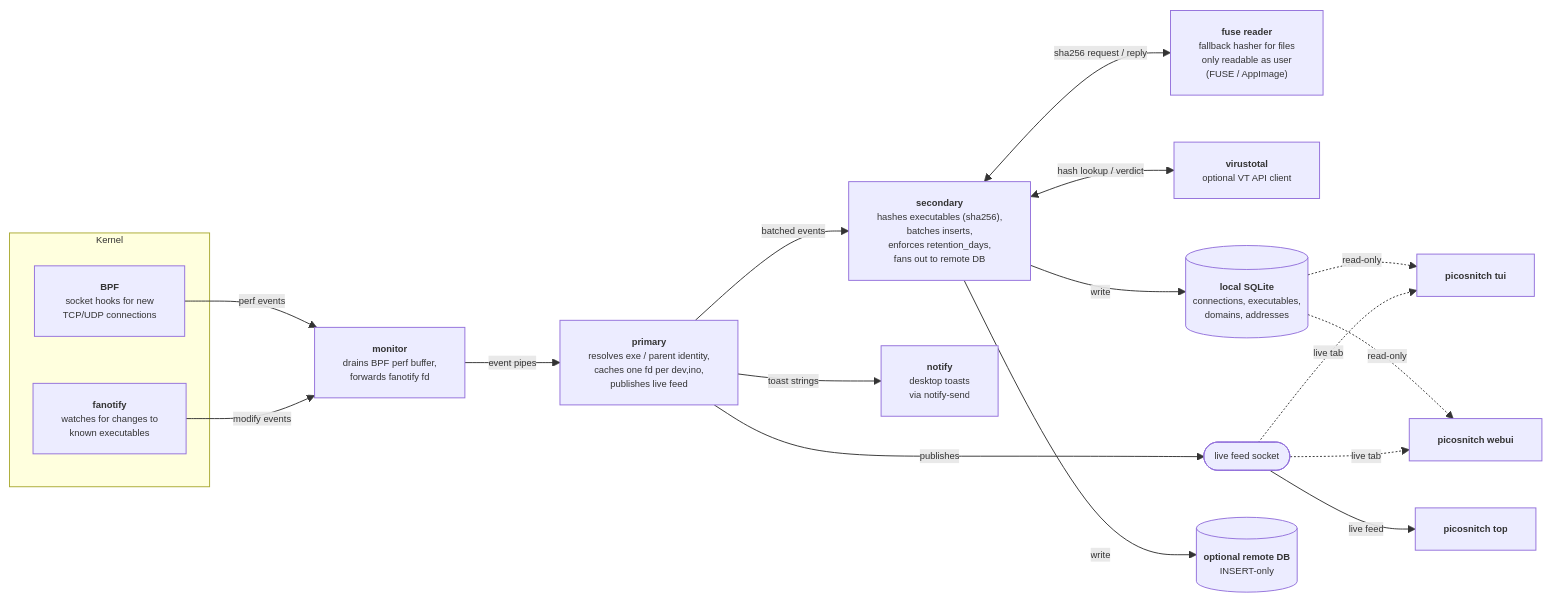
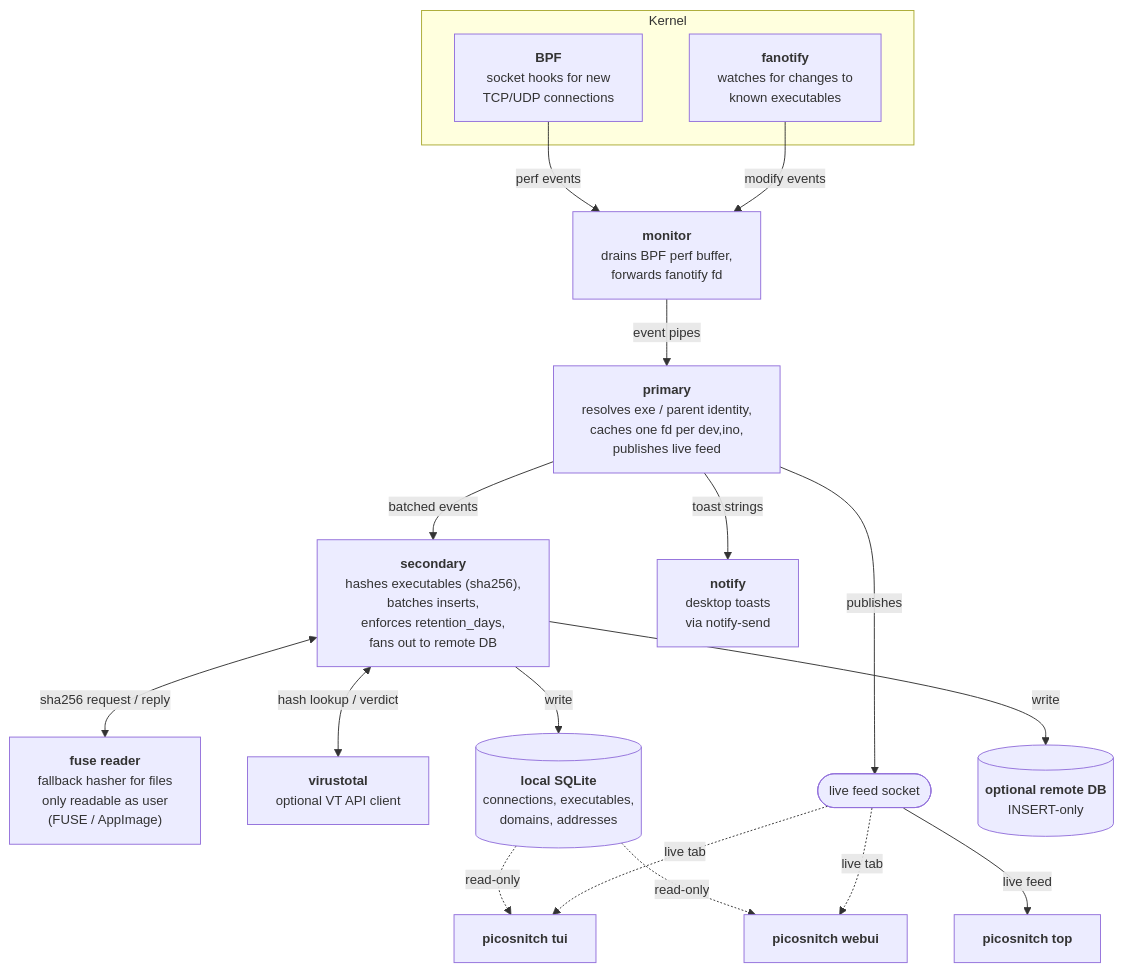
The diagram in docs/how-it-works.md (elesiuta/picosnitch), drawn with Mermaid before and after one commit. The commit also changed other lines of this file and 5 other files, not shown here.

````diff
--- a/docs/how-it-works.md
+++ b/docs/how-it-works.md
@@ -33,41 +33,41 @@
 ```mermaid
-%%{init: {"flowchart": {"useMaxWidth": false, "htmlLabels": true}, "themeVariables": {"fontSize": "10px"}} }%%
-flowchart LR
+%%{init: {"flowchart": {"useMaxWidth": true, "htmlLabels": true}, "themeVariables": {"fontSize": "14px"}} }%%
+flowchart TD
     subgraph K[Kernel]
         BPF["<b>BPF</b><br/>socket hooks for new<br/>TCP/UDP connections"]
         FAN["<b>fanotify</b><br/>watches for changes to<br/>known executables"]
     end
 
     MON["<b>monitor</b><br/>drains BPF perf buffer,<br/>forwards fanotify fd"]
     PRI["<b>primary</b><br/>resolves exe / parent identity,<br/>caches one fd per dev,ino,<br/>publishes live feed"]
     SEC["<b>secondary</b><br/>hashes executables (sha256),<br/>batches inserts,<br/>enforces retention_days,<br/>fans out to remote DB"]
 
     FUSE["<b>fuse reader</b><br/>fallback hasher for files<br/>only readable as user<br/>(FUSE / AppImage)"]
     VT["<b>virustotal</b><br/>optional VT API client"]
     NOTIFY["<b>notify</b><br/>desktop toasts<br/>via notify-send"]
 
     LIVE([live feed socket])
     SQL[("<b>local SQLite</b><br/>connections, executables,<br/>domains, addresses")]
     REMOTE[("<b>optional remote DB</b><br/>INSERT-only")]
 
     TOP["<b>picosnitch top</b>"]
     TUI["<b>picosnitch tui</b>"]
     WEB["<b>picosnitch webui</b>"]
 
     BPF -- perf events --> MON
     FAN -- modify events --> MON
     MON -- event pipes --> PRI
     PRI -- batched events --> SEC
     PRI -- toast strings --> NOTIFY
     PRI -- publishes --> LIVE
     SEC <-- sha256 request / reply --> FUSE
     SEC <-- hash lookup / verdict --> VT
     SEC -- write --> SQL
     SEC -- write --> REMOTE
 
     LIVE -- live feed --> TOP
     SQL -. read-only .-> TUI
     SQL -. read-only .-> WEB
     LIVE -. live tab .-> TUI
     LIVE -. live tab .-> WEB
 ```
````
